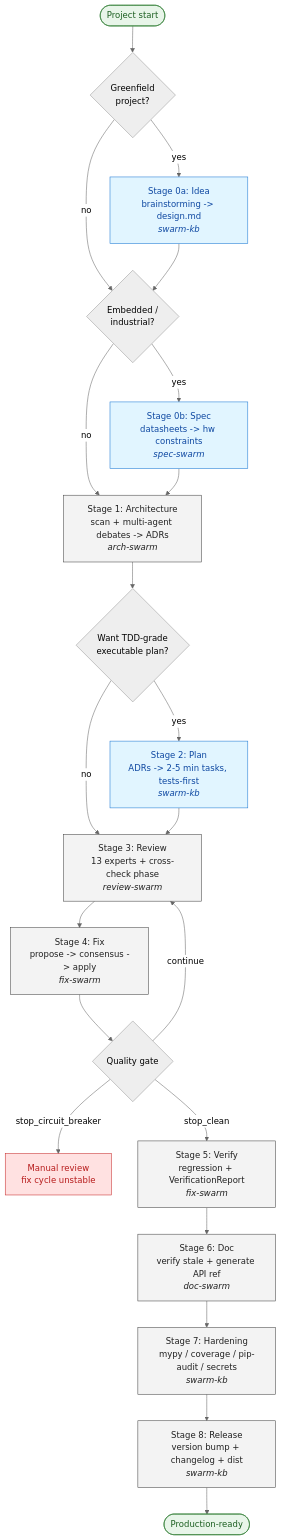
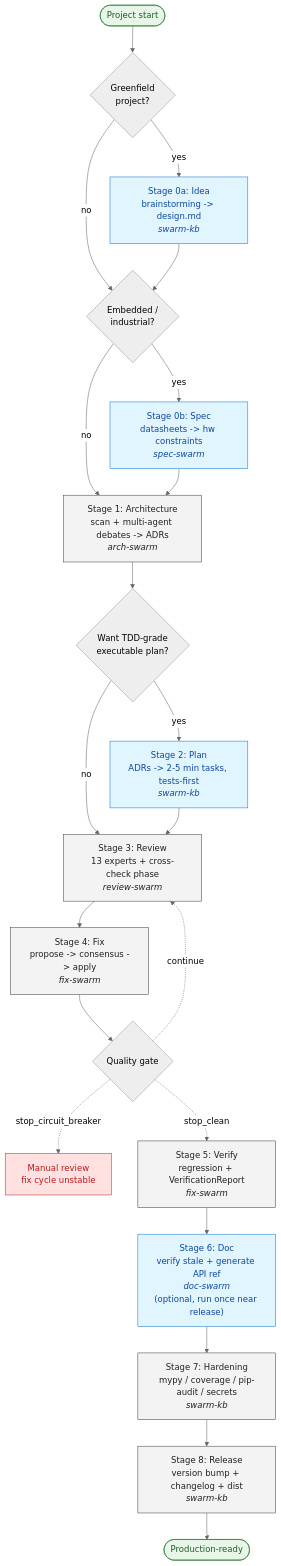
The first of 6 diagrams in README.md (fozzfut/swarm-suite), drawn with Mermaid (neutral theme) before and after one commit. The commit also changed other lines of this file and 1 other file, not shown here.

````diff
--- a/README.md
+++ b/README.md
@@ -122,50 +124,50 @@
 ```mermaid
 flowchart TD
     Start([Project start])
     GreenfieldQ{Greenfield<br/>project?}
     Idea["Stage 0a: Idea<br/>brainstorming -> design.md<br/><i>swarm-kb</i>"]
     EmbeddedQ{Embedded /<br/>industrial?}
     Spec["Stage 0b: Spec<br/>datasheets -> hw constraints<br/><i>spec-swarm</i>"]
     Arch["Stage 1: Architecture<br/>scan + multi-agent debates -> ADRs<br/><i>arch-swarm</i>"]
     PlanQ{Want TDD-grade<br/>executable plan?}
     Plan["Stage 2: Plan<br/>ADRs -> 2-5 min tasks, tests-first<br/><i>swarm-kb</i>"]
     Review["Stage 3: Review<br/>13 experts + cross-check phase<br/><i>review-swarm</i>"]
     Fix["Stage 4: Fix<br/>propose -> consensus -> apply<br/><i>fix-swarm</i>"]
     Gate{Quality gate}
     Manual["Manual review<br/>fix cycle unstable"]
     Verify["Stage 5: Verify<br/>regression + VerificationReport<br/><i>fix-swarm</i>"]
-    Doc["Stage 6: Doc<br/>verify stale + generate API ref<br/><i>doc-swarm</i>"]
+    Doc["Stage 6: Doc<br/>verify stale + generate API ref<br/><i>doc-swarm</i><br/>(optional, run once near release)"]
     Hard["Stage 7: Hardening<br/>mypy / coverage / pip-audit / secrets<br/><i>swarm-kb</i>"]
     Release["Stage 8: Release<br/>version bump + changelog + dist<br/><i>swarm-kb</i>"]
     End([Production-ready])
 
     Start --> GreenfieldQ
     GreenfieldQ -- yes --> Idea
     GreenfieldQ -- no --> EmbeddedQ
     Idea --> EmbeddedQ
     EmbeddedQ -- yes --> Spec
     EmbeddedQ -- no --> Arch
     Spec --> Arch
     Arch --> PlanQ
     PlanQ -- yes --> Plan
     PlanQ -- no --> Review
     Plan --> Review
     Review --> Fix
     Fix --> Gate
-    Gate -- continue --> Review
-    Gate -- stop_circuit_breaker --> Manual
-    Gate -- stop_clean --> Verify
+    Gate -. continue .-> Review
+    Gate -. stop_circuit_breaker .-> Manual
+    Gate -. stop_clean .-> Verify
     Verify --> Doc
     Doc --> Hard
     Hard --> Release
     Release --> End
 
     classDef optional fill:#e1f5ff,stroke:#1976d2,color:#0d47a1
     classDef required fill:#f3f3f3,stroke:#424242,color:#212121
     classDef alarm fill:#ffe1e1,stroke:#c62828,color:#b71c1c
     classDef terminal fill:#e8f5e9,stroke:#2e7d32,color:#1b5e20
-    class Idea,Spec,Plan optional
-    class Arch,Review,Fix,Verify,Doc,Hard,Release required
+    class Idea,Spec,Plan,Doc optional
+    class Arch,Review,Fix,Verify,Hard,Release required
     class Manual alarm
     class Start,End terminal
 ```
````
